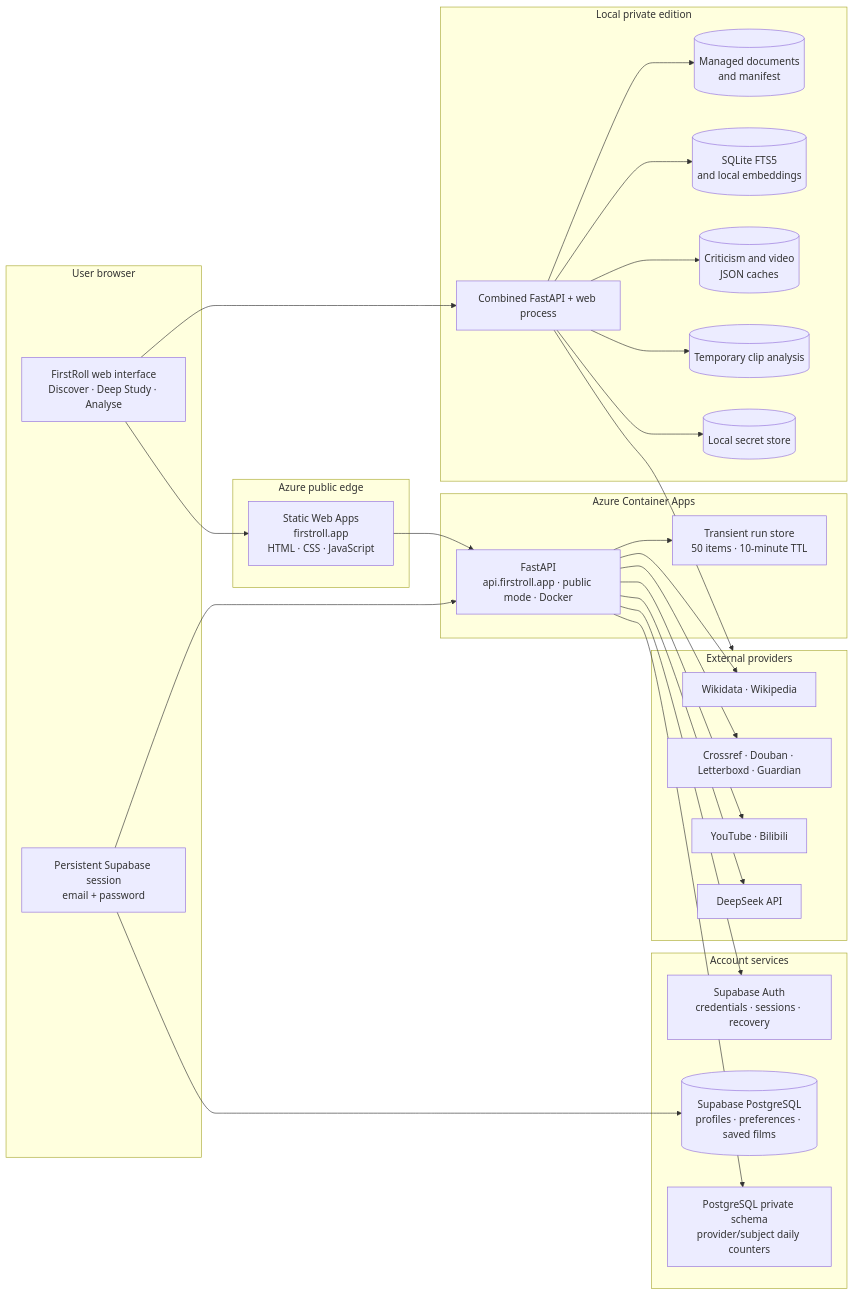
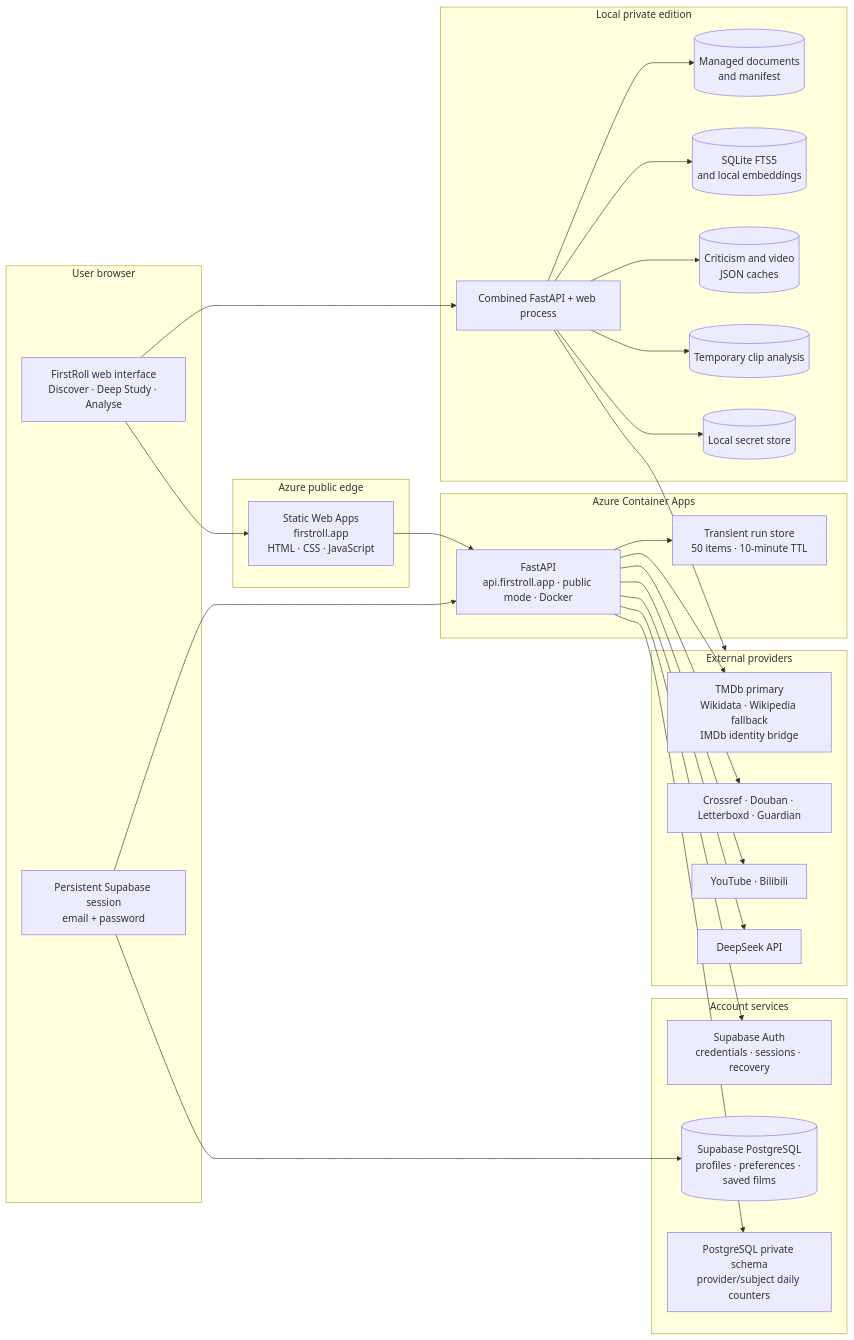
Before and after one commit to Luo-Z-Y/FirstRoll: the first of 2 diagrams in docs/ARCHITECTURE.md, drawn with Mermaid. The commit also changed other lines of this file and 15 other files, not shown here.

Commit message:
feat: add hybrid tmdb film discovery

````diff
--- a/docs/ARCHITECTURE.md
+++ b/docs/ARCHITECTURE.md
@@ -12,58 +12,58 @@
 ```mermaid
 flowchart LR
     subgraph Browser["User browser"]
         UI["FirstRoll web interface<br/>Discover · Deep Study · Analyse"]
         Session["Persistent Supabase session<br/>email + password"]
     end
 
     subgraph Azure["Azure public edge"]
         Static["Static Web Apps<br/>firstroll.app<br/>HTML · CSS · JavaScript"]
     end
 
     subgraph ContainerApps["Azure Container Apps"]
         API["FastAPI<br/>api.firstroll.app · public mode · Docker"]
         Runs["Transient run store<br/>50 items · 10-minute TTL"]
     end
 
     subgraph AccountData["Account services"]
         Auth["Supabase Auth<br/>credentials · sessions · recovery"]
         UserData[("Supabase PostgreSQL<br/>profiles · preferences · saved films")]
         Quota["PostgreSQL private schema<br/>provider/subject daily counters"]
     end
 
     subgraph Local["Local private edition"]
         LocalAPI["Combined FastAPI + web process"]
         Library[("Managed documents<br/>and manifest")]
         Index[("SQLite FTS5<br/>and local embeddings")]
         Caches[("Criticism and video<br/>JSON caches")]
         Clips[("Temporary clip analysis")]
         Secrets[("Local secret store")]
     end
 
     subgraph Providers["External providers"]
-        FilmData["Wikidata · Wikipedia"]
+        FilmData["TMDb primary<br/>Wikidata · Wikipedia fallback<br/>IMDb identity bridge"]
         Criticism["Crossref · Douban · Letterboxd · Guardian"]
         Video["YouTube · Bilibili"]
         DeepSeek["DeepSeek API"]
     end
 
     UI --> Static
     Static --> API
     Session --> API
     API --> Auth
     Session --> UserData
     API --> Quota
     API --> Runs
     API --> FilmData
     API --> Criticism
     API --> Video
     API --> DeepSeek
 
     UI --> LocalAPI
     LocalAPI --> Library
     LocalAPI --> Index
     LocalAPI --> Caches
     LocalAPI --> Clips
     LocalAPI --> Secrets
     LocalAPI --> Providers
 ```
````
